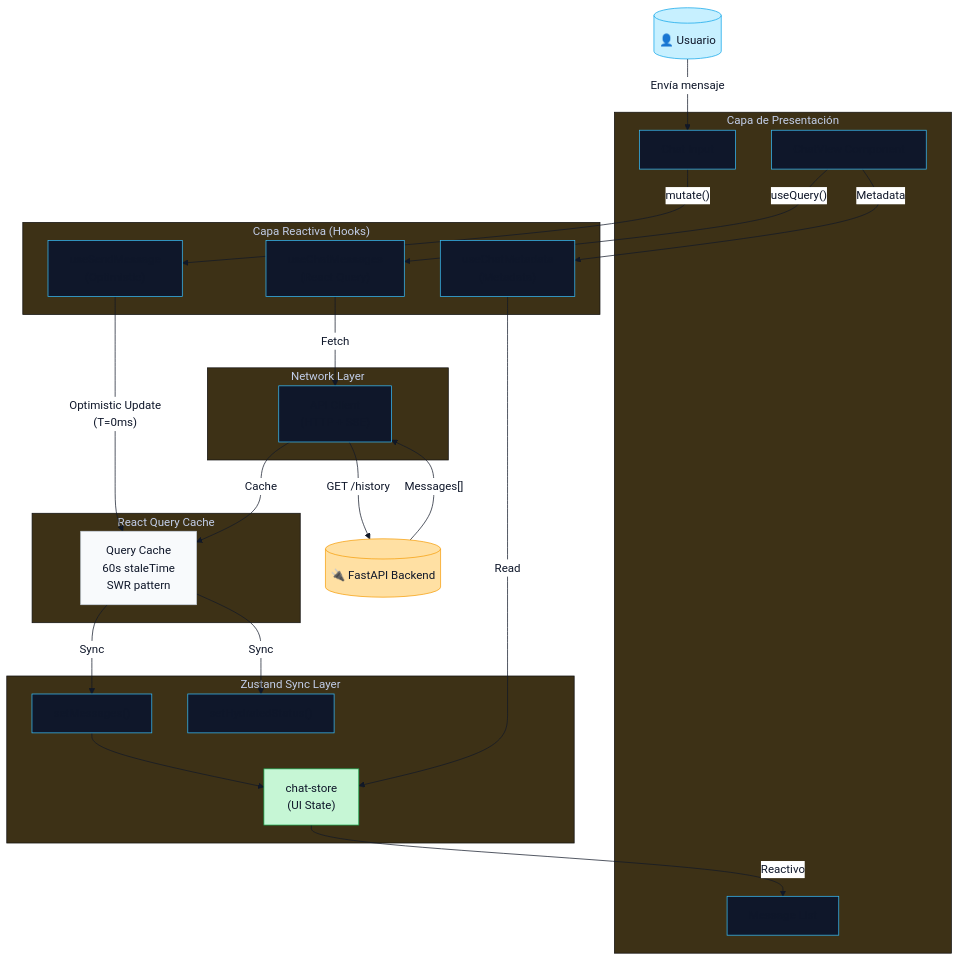
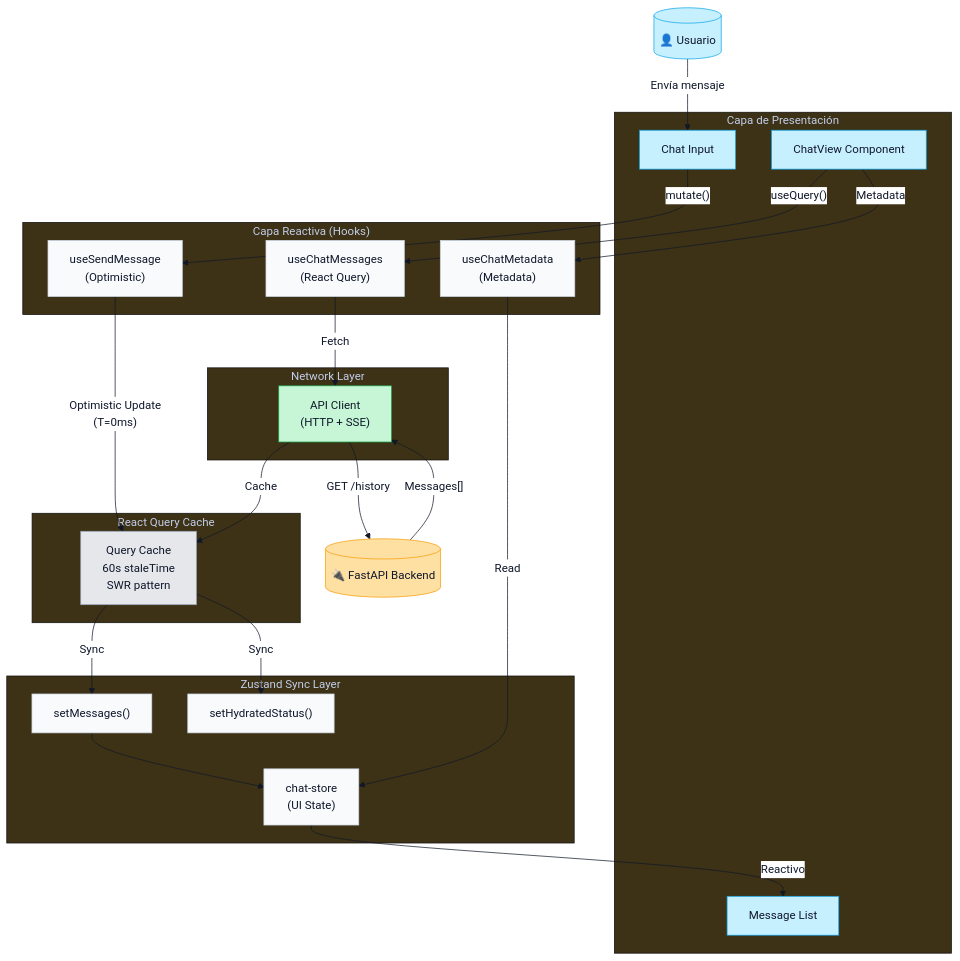
Before and after one commit to saptiva-ai/octavios-chat: the fifth of 11 diagrams in README.md, drawn with Mermaid.

Commit message:
docs: align reactive diagram styling

````diff
--- a/README.md
+++ b/README.md
@@ -764,55 +764,58 @@
 ```mermaid
 %%{init: {'theme': 'base', 'themeVariables': {'primaryColor': '#0f172a','primaryBorderColor': '#38bdf8','primaryTextColor': '#0f172a','lineColor': '#111827','textColor': '#111827','secondaryColor': '#ffffff','secondaryBorderColor': '#cbd5e1','secondaryTextColor': '#0f172a'}}}%%
 flowchart TB
-    User[("👤 Usuario")]
+    User[("👤 Usuario")]:::user
 
     subgraph UI["Capa de Presentación"]
-        ChatView["ChatView Component"]
-        MessageList["Message List"]
-        ChatInput["Chat Input"]
+        ChatView["ChatView Component"]:::ui
+        MessageList["Message List"]:::ui
+        ChatInput["Chat Input"]:::ui
     end
 
     subgraph Reactive["Capa Reactiva (Hooks)"]
-        useChatMessages["useChatMessages<br/>(React Query)"]
-        useChatMetadata["useChatMetadata<br/>(Metadata)"]
-        useSendMessage["useSendMessage<br/>(Optimistic)"]
+        useChatMessages["useChatMessages<br/>(React Query)"]:::reactive
+        useChatMetadata["useChatMetadata<br/>(Metadata)"]:::reactive
+        useSendMessage["useSendMessage<br/>(Optimistic)"]:::reactive
     end
 
     subgraph Cache["React Query Cache"]
-        QueryCache["Query Cache<br/>60s staleTime<br/>SWR pattern"]
+        QueryCache["Query Cache<br/>60s staleTime<br/>SWR pattern"]:::cache
     end
 
     subgraph Sync["Zustand Sync Layer"]
-        ChatStore["chat-store<br/>(UI State)"]
-        setMessages["setMessages()"]
-        setHydrated["setHydratedStatus()"]
+        ChatStore["chat-store<br/>(UI State)"]:::sync
+        setMessages["setMessages()"]:::sync
+        setHydrated["setHydratedStatus()"]:::sync
     end
 
     subgraph Network["Network Layer"]
-        APIClient["API Client<br/>(HTTP + SSE)"]
+        APIClient["API Client<br/>(HTTP + SSE)"]:::network
     end
 
-    Backend[("🔌 FastAPI Backend")]
+    Backend[("🔌 FastAPI Backend")]:::backend
 
     User -->|"Envía mensaje"| ChatInput
     ChatInput -->|"mutate()"| useSendMessage
     useSendMessage -->|"Optimistic Update<br/>(T=0ms)"| QueryCache
     QueryCache -->|"Sync"| setMessages
     setMessages --> ChatStore
     ChatStore -->|"Reactivo"| MessageList
 
     ChatView -->|"useQuery()"| useChatMessages
     useChatMessages -->|"Fetch"| APIClient
     APIClient -->|"GET /history"| Backend
     Backend -->|"Messages[]"| APIClient
     APIClient -->|"Cache"| QueryCache
     QueryCache -->|"Sync"| setHydrated
 
     ChatView -->|"Metadata"| useChatMetadata
     useChatMetadata -->|"Read"| ChatStore
 
-    style User fill:#c7f0ff,stroke:#0ea5e9,color:#0f172a
-    style Backend fill:#ffe0a3,stroke:#f59e0b,color:#0f172a
-    style QueryCache fill:#f8fafc,stroke:#cbd5e1,color:#0f172a
-    style ChatStore fill:#c6f6d5,stroke:#16a34a,color:#0f172a
+    classDef user fill:#c7f0ff,stroke:#0ea5e9,color:#0f172a;
+    classDef ui fill:#c7f0ff,stroke:#0ea5e9,color:#0f172a;
+    classDef reactive fill:#f8fafc,stroke:#cbd5e1,color:#0f172a;
+    classDef cache fill:#e5e7eb,stroke:#94a3b8,color:#0f172a;
+    classDef sync fill:#f8fafc,stroke:#cbd5e1,color:#0f172a;
+    classDef network fill:#c6f6d5,stroke:#16a34a,color:#0f172a;
+    classDef backend fill:#ffe0a3,stroke:#f59e0b,color:#0f172a;
 ```
````
